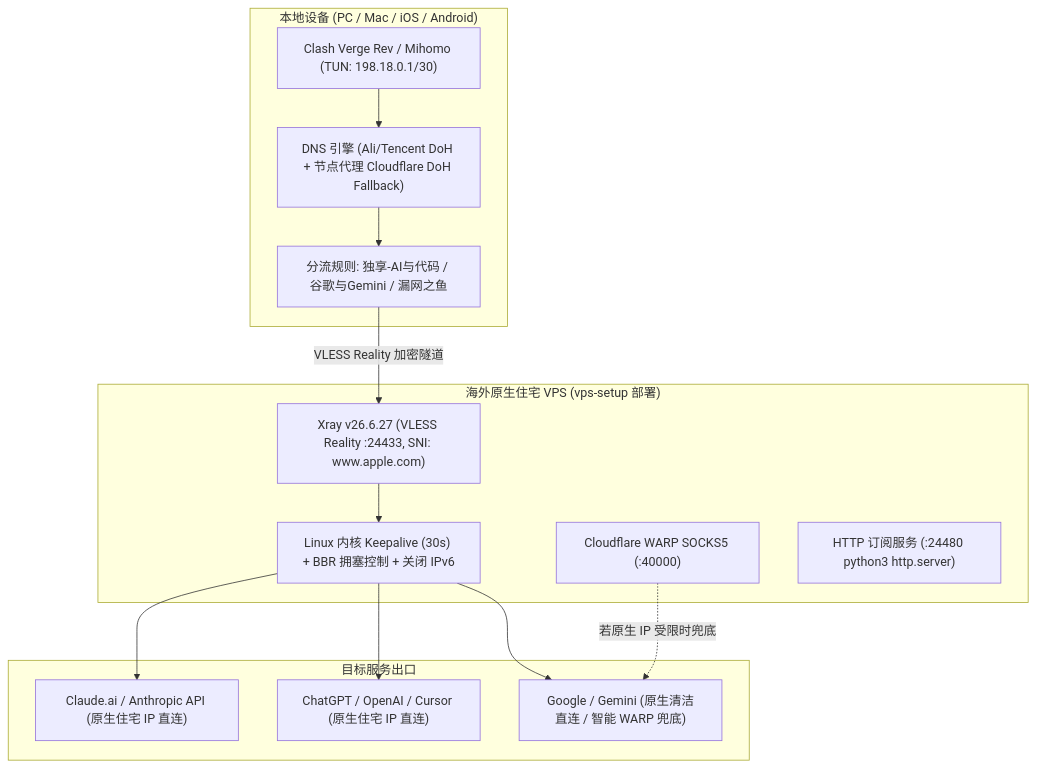
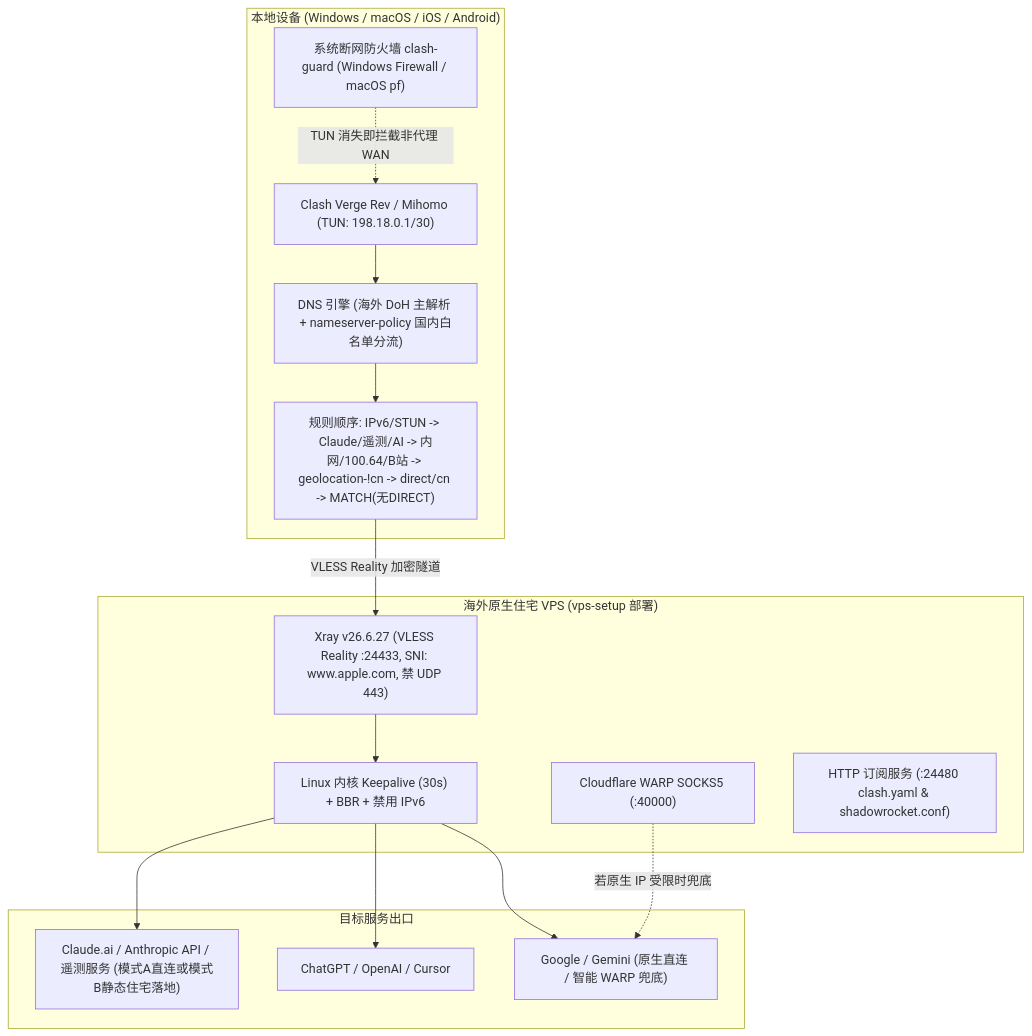
The diagram in SKILL.md (xiao-baia/vps-setup), drawn with Mermaid before and after one commit. The commit also changed other lines of this file and 9 other files, not shown here.

Commit message:
feat: upgrade vps-setup to ultimate anti-leak architecture and kill switch

````diff
--- a/SKILL.md
+++ b/SKILL.md
@@ -26,30 +29,31 @@
 ```mermaid
 flowchart TD
-    subgraph Client["本地设备 (PC / Mac / iOS / Android)"]
+    subgraph Client["本地设备 (Windows / macOS / iOS / Android)"]
+        KS["系统断网防火墙 clash-guard (Windows Firewall / macOS pf)"]
         CV["Clash Verge Rev / Mihomo (TUN: 198.18.0.1/30)"]
-        DNS["DNS 引擎 (Ali/Tencent DoH + 节点代理 Cloudflare DoH Fallback)"]
-        Rule["分流规则: 独享-AI与代码 / 谷歌与Gemini / 漏网之鱼"]
+        DNS["DNS 引擎 (海外 DoH 主解析 + nameserver-policy 国内白名单分流)"]
+        Rule["规则顺序: IPv6/STUN -> Claude/遥测/AI -> 内网/100.64/B站 -> geolocation-!cn -> direct/cn -> MATCH(无DIRECT)"]
+        KS -.->|"TUN 消失即拦截非代理 WAN"| CV
         CV --> DNS --> Rule
     end
 
     subgraph VPS["海外原生住宅 VPS (vps-setup 部署)"]
-        Xray["Xray v26.6.27 (VLESS Reality :24433, SNI: www.apple.com)"]
-        Kernel["Linux 内核 Keepalive (30s) + BBR 拥塞控制 + 关闭 IPv6"]
+        Xray["Xray v26.6.27 (VLESS Reality :24433, SNI: www.apple.com, 禁 UDP 443)"]
+        Kernel["Linux 内核 Keepalive (30s) + BBR + 禁用 IPv6"]
         WARP["Cloudflare WARP SOCKS5 (:40000)"]
-        Sub["HTTP 订阅服务 (:24480 python3 http.server)"]
-        
+        Sub["HTTP 订阅服务 (:24480 clash.yaml & shadowrocket.conf)"]
         Xray --> Kernel
     end
 
     subgraph Targets["目标服务出口"]
-        Claude["Claude.ai / Anthropic API (原生住宅 IP 直连)"]
-        OpenAI["ChatGPT / OpenAI / Cursor (原生住宅 IP 直连)"]
-        Gemini["Google / Gemini (原生清洁直连 / 智能 WARP 兜底)"]
+        Claude["Claude.ai / Anthropic API / 遥测服务 (模式A直连或模式B静态住宅落地)"]
+        OpenAI["ChatGPT / OpenAI / Cursor"]
+        Gemini["Google / Gemini (原生直连 / 智能 WARP 兜底)"]
     end
 
     Rule -->|"VLESS Reality 加密隧道"| Xray
     Kernel --> Claude
     Kernel --> OpenAI
     Kernel --> Gemini
-    WARP -.->|若原生 IP 受限时兜底| Gemini
+    WARP -.->|"若原生 IP 受限时兜底"| Gemini
 ```
````
